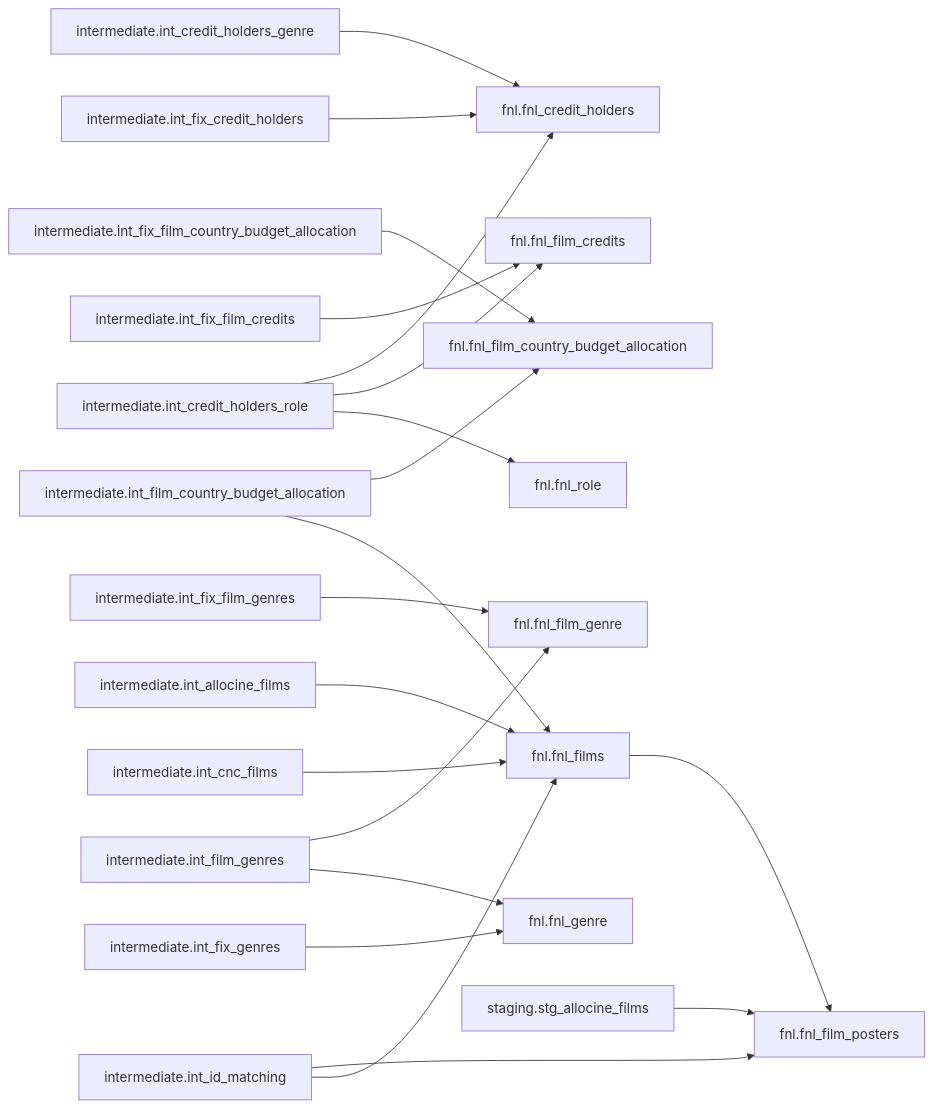
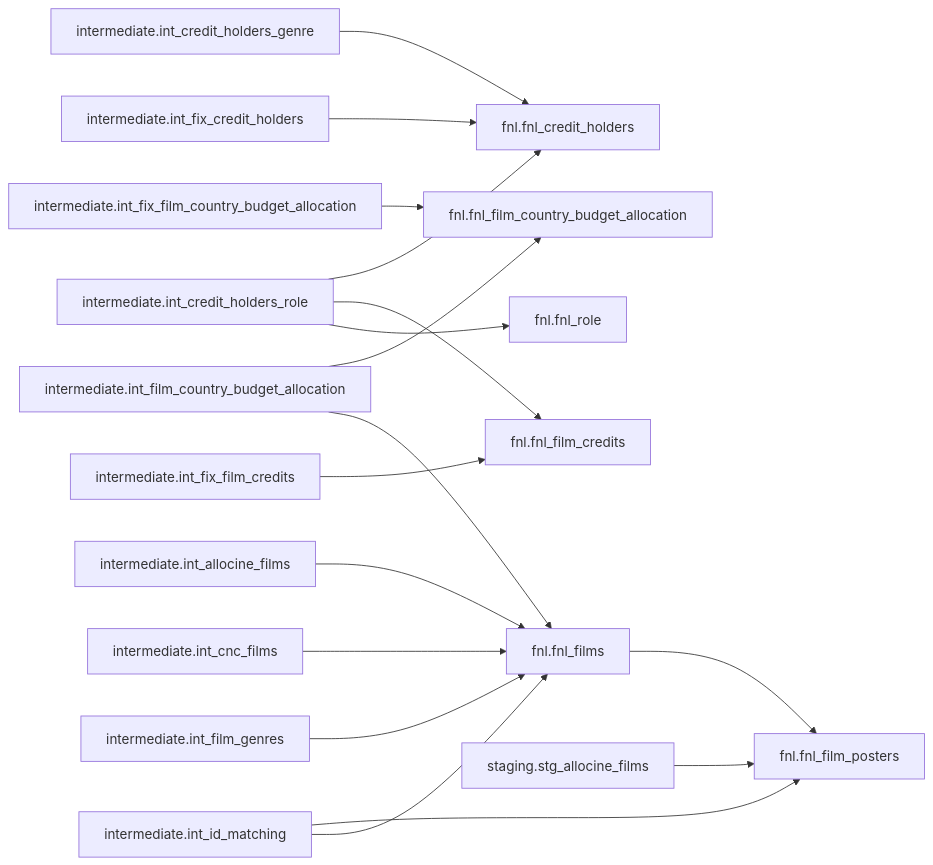
One commit to Le-Collectif-50-50/cinestats-5050 changed the second of 5 diagrams in docs/dbt-lineage.md. Above: the diagram before and after it, drawn with Mermaid. The commit also changed other lines of this file, not shown here.

````diff
--- a/docs/dbt-lineage.md
+++ b/docs/dbt-lineage.md
@@ -180,43 +167,36 @@
 ```mermaid
 flowchart LR
   n3["fnl.fnl_credit_holders"]
   n4["fnl.fnl_film_country_budget_allocation"]
   n5["fnl.fnl_film_credits"]
-  n6["fnl.fnl_film_genre"]
-  n7["fnl.fnl_film_posters"]
-  n8["fnl.fnl_films"]
-  n9["fnl.fnl_genre"]
-  n10["fnl.fnl_role"]
-  n11["intermediate.int_allocine_films"]
-  n12["intermediate.int_cnc_films"]
-  n13["intermediate.int_credit_holders_genre"]
-  n14["intermediate.int_credit_holders_role"]
-  n15["intermediate.int_film_country_budget_allocation"]
-  n16["intermediate.int_film_genres"]
-  n19["intermediate.int_fix_credit_holders"]
-  n22["intermediate.int_fix_film_country_budget_allocation"]
-  n23["intermediate.int_fix_film_credits"]
-  n24["intermediate.int_fix_film_genres"]
-  n25["intermediate.int_fix_genres"]
-  n27["intermediate.int_id_matching"]
-  n30["staging.stg_allocine_films"]
-  n8 --> n7
-  n11 --> n8
+  n6["fnl.fnl_film_posters"]
+  n7["fnl.fnl_films"]
+  n8["fnl.fnl_role"]
+  n9["intermediate.int_allocine_films"]
+  n10["intermediate.int_cnc_films"]
+  n11["intermediate.int_credit_holders_genre"]
+  n12["intermediate.int_credit_holders_role"]
+  n13["intermediate.int_film_country_budget_allocation"]
+  n14["intermediate.int_film_genres"]
+  n17["intermediate.int_fix_credit_holders"]
+  n20["intermediate.int_fix_film_country_budget_allocation"]
+  n21["intermediate.int_fix_film_credits"]
+  n23["intermediate.int_id_matching"]
+  n26["staging.stg_allocine_films"]
+  n7 --> n6
+  n9 --> n7
+  n10 --> n7
+  n11 --> n3
+  n12 --> n3
+  n12 --> n5
   n12 --> n8
-  n13 --> n3
-  n14 --> n3
-  n14 --> n5
-  n14 --> n10
-  n15 --> n4
-  n15 --> n8
-  n16 --> n6
-  n16 --> n9
-  n19 --> n3
-  n22 --> n4
-  n23 --> n5
-  n24 --> n6
-  n25 --> n9
-  n27 --> n7
-  n27 --> n8
-  n30 --> n7
+  n13 --> n4
+  n13 --> n7
+  n14 --> n7
+  n17 --> n3
+  n20 --> n4
+  n21 --> n5
+  n23 --> n6
+  n23 --> n7
+  n26 --> n6
 ```
````
